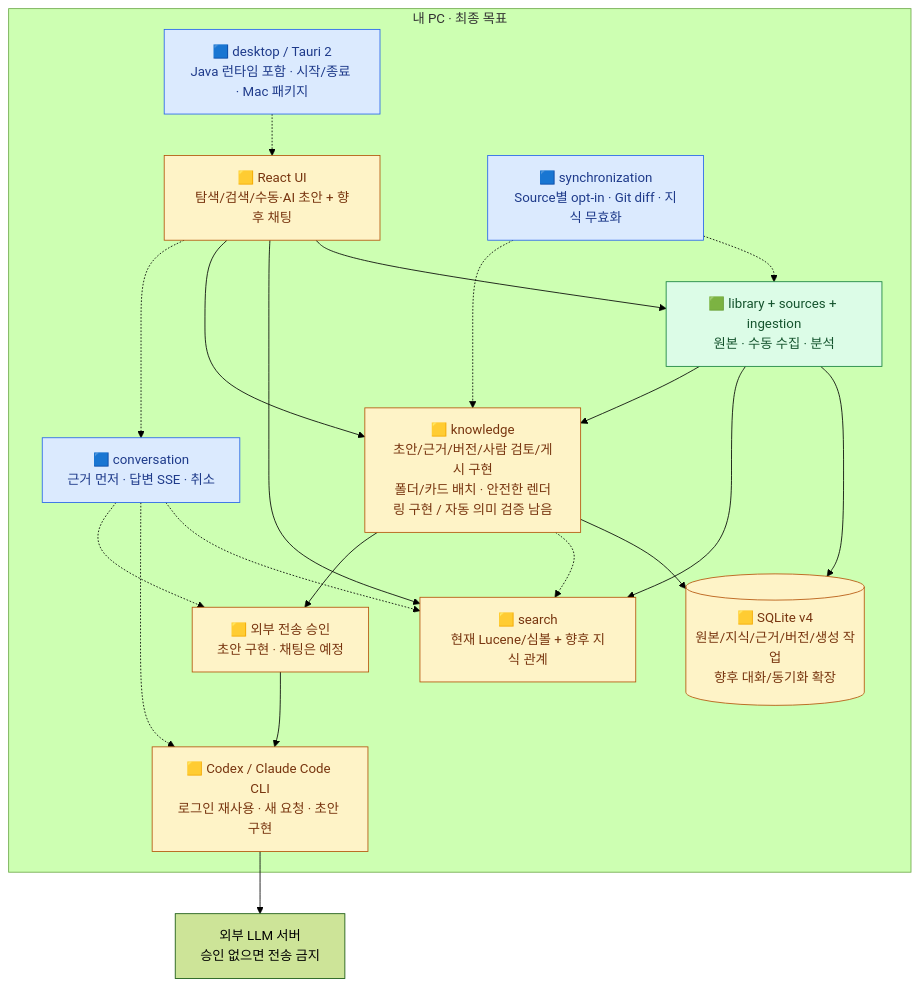
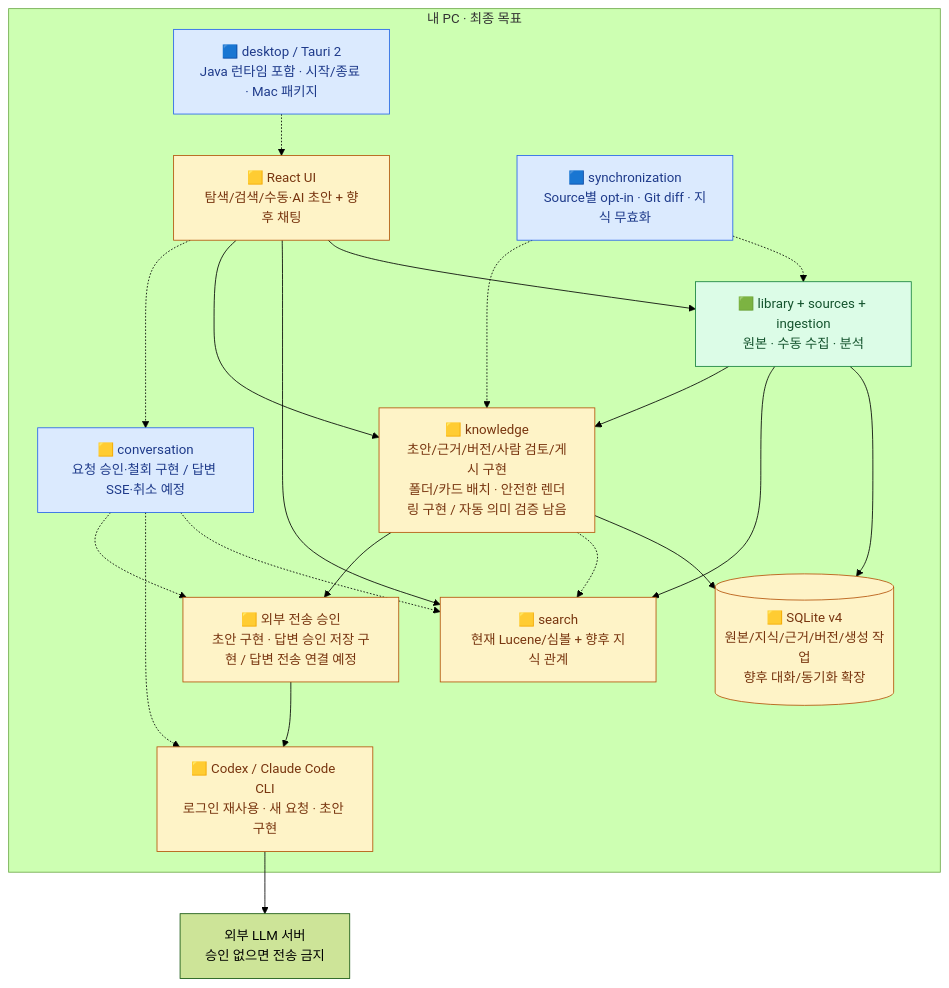
One commit to thisisnew/dougle changed the third of 7 diagrams in docs/design-map.md. Above: the diagram before and after it, drawn with Mermaid (forest theme). The commit also changed other lines of this file and 28 other files, not shown here.

````diff
--- a/docs/design-map.md
+++ b/docs/design-map.md
@@ -122,39 +122,39 @@
 ```mermaid
 flowchart TB
     subgraph PC["내 PC · 최종 목표"]
         HOST["🟦 desktop / Tauri 2<br/>Java 런타임 포함 · 시작/종료 · Mac 패키지"]
         UI["🟨 React UI<br/>탐색/검색/수동·AI 초안 + 향후 채팅"]
         RAW["🟩 library + sources + ingestion<br/>원본 · 수동 수집 · 분석"]
         RET["🟨 search<br/>현재 Lucene/심볼 + 향후 지식 관계"]
         KNOW["🟨 knowledge<br/>초안/근거/버전/사람 검토/게시 구현<br/>폴더/카드 배치 · 안전한 렌더링 구현 / 자동 의미 검증 남음"]
-        CHAT["🟦 conversation<br/>근거 먼저 · 답변 SSE · 취소"]
+        CHAT["🟨 conversation<br/>요청 승인·철회 구현 / 답변 SSE·취소 예정"]
         SYNC["🟦 synchronization<br/>Source별 opt-in · Git diff · 지식 무효화"]
         SQL[("🟨 SQLite v4<br/>원본/지식/근거/버전/생성 작업<br/>향후 대화/동기화 확장")]
         MODEL["🟨 Codex / Claude Code CLI<br/>로그인 재사용 · 새 요청 · 초안 구현"]
-        POLICY["🟨 외부 전송 승인<br/>초안 구현 · 채팅은 예정"]
+        POLICY["🟨 외부 전송 승인<br/>초안 구현 · 답변 승인 저장 구현 / 답변 전송 연결 예정"]
         HOST -.-> UI
         UI --> RAW
         UI --> RET
         UI --> KNOW
         UI -.-> CHAT
         RAW --> SQL
         RAW --> RET
         RAW --> KNOW
         KNOW --> SQL
         KNOW -.-> RET
         POLICY --> MODEL
         CHAT -.-> RET
         CHAT -.-> MODEL
         CHAT -.-> POLICY
         KNOW --> POLICY
         SYNC -.-> RAW
         SYNC -.-> KNOW
     end
     MODEL --> EXT["외부 LLM 서버<br/>승인 없으면 전송 금지"]
     classDef done fill:#dcfce7,stroke:#15803d,color:#14532d
     classDef partial fill:#fef3c7,stroke:#b45309,color:#78350f
     classDef planned fill:#dbeafe,stroke:#2563eb,color:#1e3a8a
     class RAW done
     class UI,RET,SQL,KNOW,MODEL,POLICY partial
     class HOST,CHAT,SYNC planned
 ```
````
